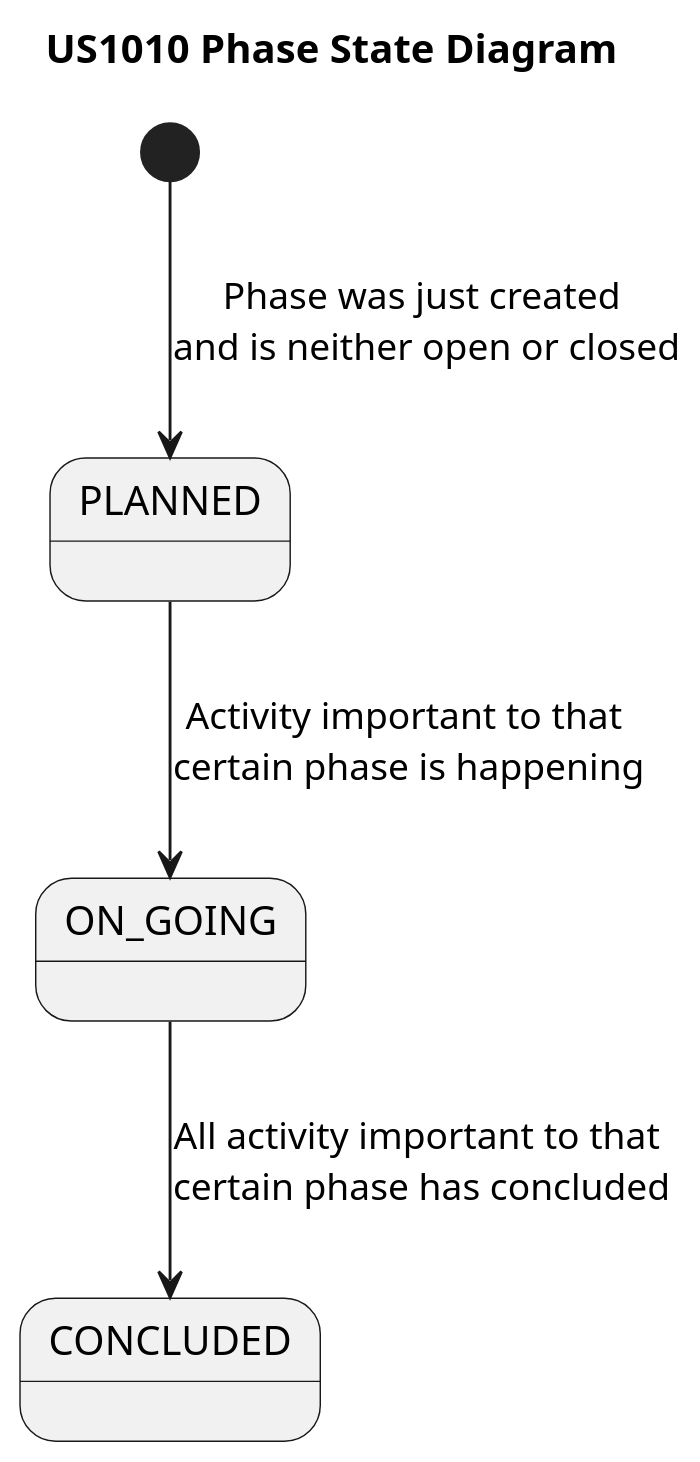
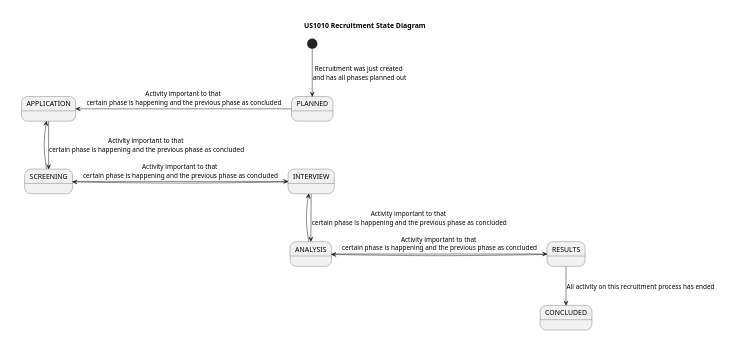
One commit to rita-barbosa/LAPR4-2324 changed the diagram in docs/sprint-c/us_1010/State Diagram/US1010_State_Diagram.puml. Above: the diagram before and after it, drawn with PlantUML. The commit also changed 2 other files, not shown here.

Commit message:
docs: Update to the state diagram of us 1010.
[#129]

```diff
--- a/docs/sprint-c/us_1010/State Diagram/US1010_State_Diagram.puml
+++ b/docs/sprint-c/us_1010/State Diagram/US1010_State_Diagram.puml
@@ -1,21 +1,42 @@
-@startuml US1010_Phase_State_Diagram
+    @startuml US1010_Recruitment_State_Diagram
 'https://plantuml.com/state-diagram
 
-title US1010 Phase State Diagram
+title US1010 Recruitment State Diagram
 
 scale 350 width
 
 state PLANNED {
 }
 
-state ON_GOING {
+state APPLICATION {
+}
+
+state SCREENING {
+}
+
+state INTERVIEW {
+}
+
+state ANALYSIS {
+}
+
+state RESULTS {
 }
 
 state CONCLUDED {
 }
 
-[*] --> PLANNED : Phase was just created \nand is neither open or closed
-PLANNED --> ON_GOING : Activity important to that \ncertain phase is happening
-ON_GOING --> CONCLUDED : All activity important to that \ncertain phase has concluded
+[*] --> PLANNED : Recruitment was just created \nand has all phases planned out
+PLANNED -left-> APPLICATION : Activity important to that \ncertain phase is happening and the previous phase as concluded
+APPLICATION --> SCREENING : Activity important to that \ncertain phase is happening and the previous phase as concluded
+APPLICATION <-- SCREENING
+SCREENING -right-> INTERVIEW : Activity important to that \ncertain phase is happening and the previous phase as concluded
+SCREENING <-- INTERVIEW
+INTERVIEW --> ANALYSIS : Activity important to that \ncertain phase is happening and the previous phase as concluded
+INTERVIEW <-- ANALYSIS
+ANALYSIS -left-> RESULTS : Activity important to that \ncertain phase is happening and the previous phase as concluded
+ANALYSIS <-left- RESULTS
+RESULTS --> CONCLUDED : All activity on this recruitment process has ended
+
 
 @enduml
```
